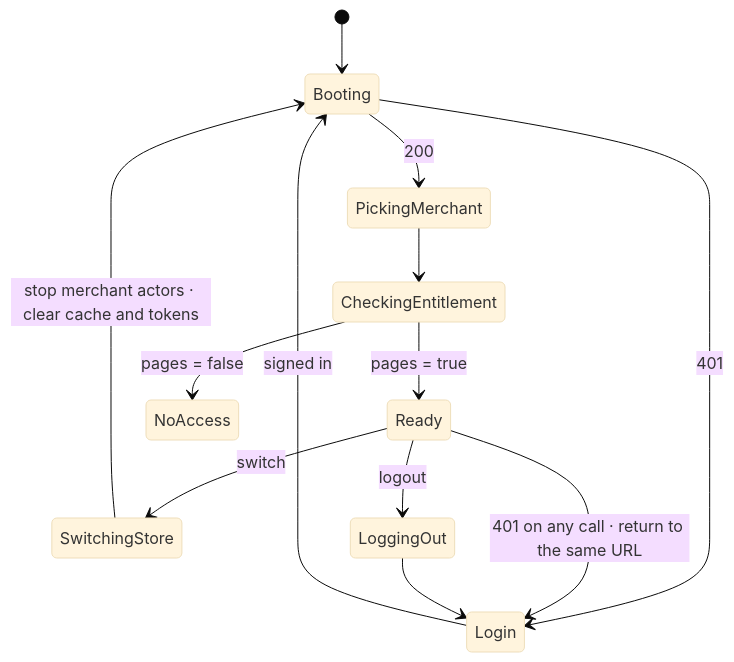
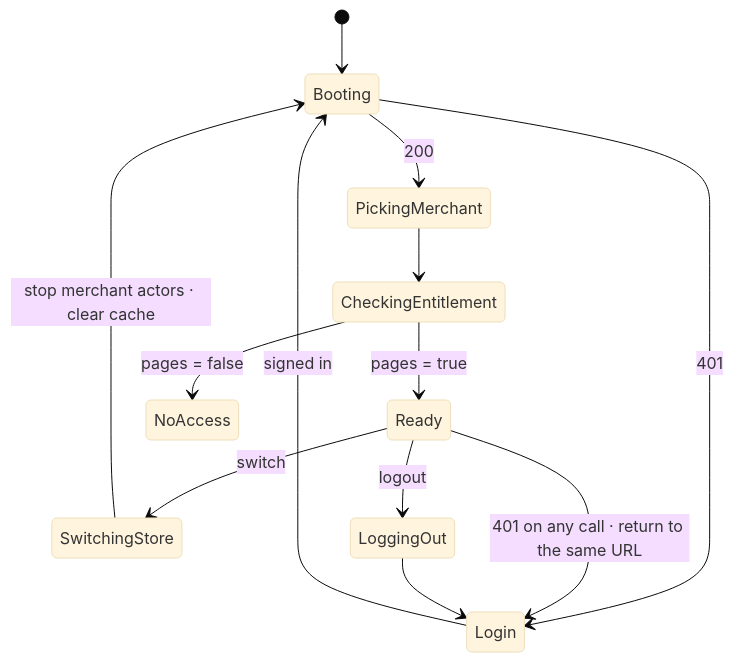
Before and after one commit to ashishkumar1-fe/new-gk-pages: the first of 11 diagrams in docs/architecture/docs/machines.md, drawn with Mermaid (base theme). The commit also changed other lines of this file and 392 other files, not shown here.

Commit message:
[Feature]: Scaffold Ratio architecture across all layers with gates and hooks

````diff
--- a/docs/architecture/docs/machines.md
+++ b/docs/architecture/docs/machines.md
@@ -39,15 +39,15 @@
 ```mermaid
 stateDiagram-v2
   [*] --> Booting
   Booting --> Login: 401
   Booting --> PickingMerchant: 200
   Login --> Booting: signed in
   PickingMerchant --> CheckingEntitlement
   CheckingEntitlement --> Ready: pages = true
   CheckingEntitlement --> NoAccess: pages = false
   Ready --> SwitchingStore: switch
-  SwitchingStore --> Booting: stop merchant actors · clear cache and tokens
+  SwitchingStore --> Booting: stop merchant actors · clear cache
   Ready --> Login: 401 on any call · return to the same URL
   Ready --> LoggingOut: logout
   LoggingOut --> Login
 ```
````
